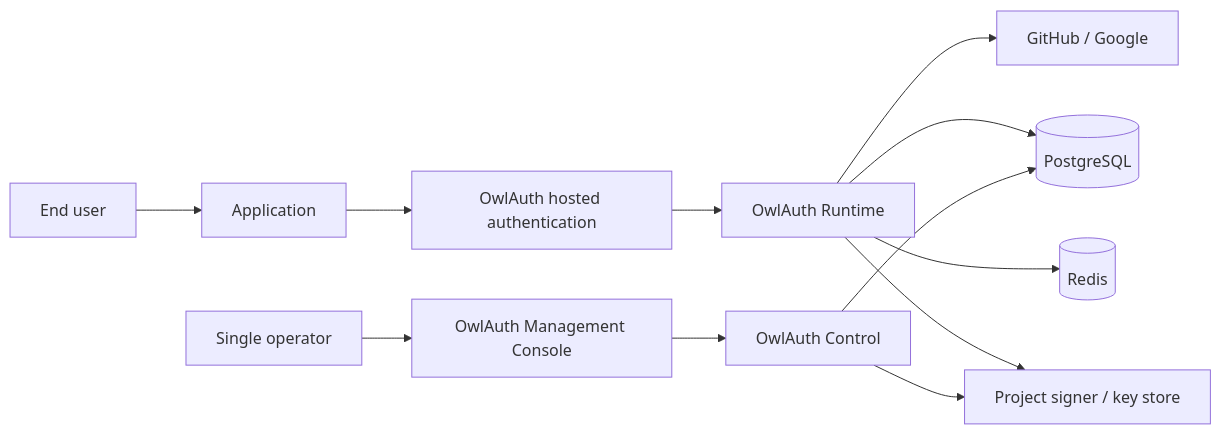
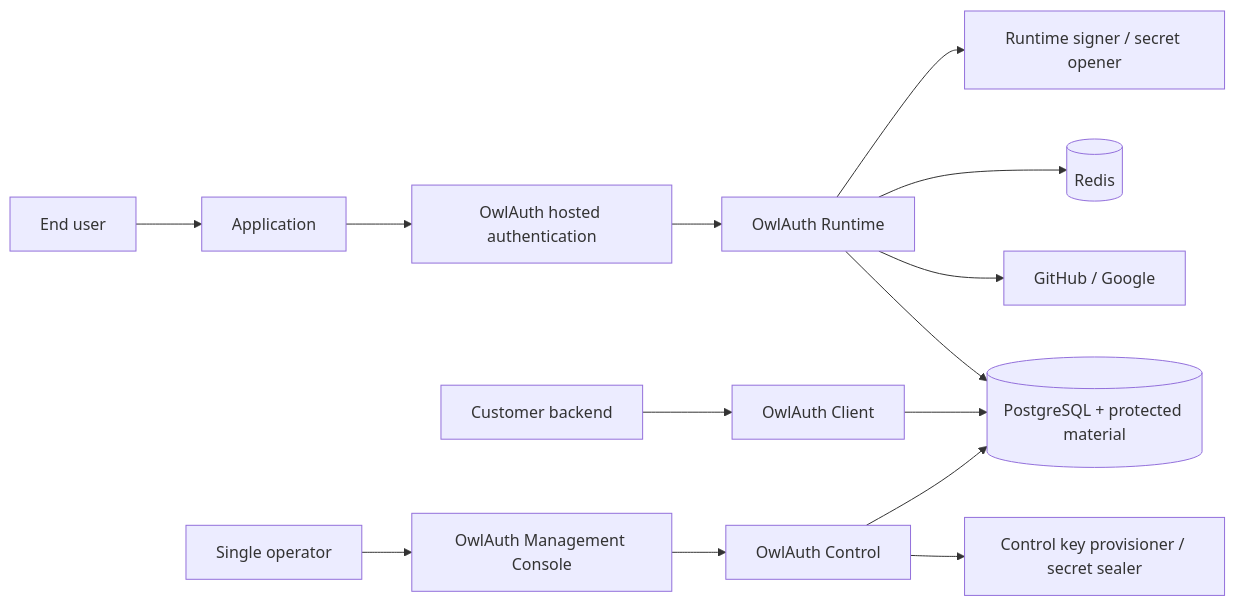
The third of 4 diagrams in spec/01-system-context-and-goals.md (owlfoundry/owlauth), drawn with Mermaid before and after one commit. The commit also changed other lines of this file and 320 other files, not shown here.

Commit message:
feat(server+cli+web+repo): complete project client API

````diff
--- a/spec/01-system-context-and-goals.md
+++ b/spec/01-system-context-and-goals.md
@@ -137,15 +154,18 @@
 ```mermaid
 flowchart LR
     User[End user] --> App[Application]
     App --> Hosted[OwlAuth hosted authentication]
     Hosted --> Runtime[OwlAuth Runtime]
     Runtime --> Provider[GitHub / Google]
-    Runtime --> PG[(PostgreSQL)]
+    Runtime --> PG[(PostgreSQL + protected material)]
     Runtime --> Redis[(Redis)]
-    Runtime --> KMS[Project signer / key store]
+    Runtime --> RKP[Runtime signer / secret opener]
+
+    Backend[Customer backend] --> Client[OwlAuth Client]
+    Client --> PG
 
     Operator[Single operator] --> Console[OwlAuth Management Console]
     Console --> Control[OwlAuth Control]
     Control --> PG
-    Control --> KMS
+    Control --> CKP[Control key provisioner / secret sealer]
 ```
````
